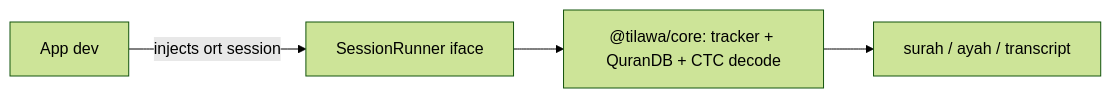
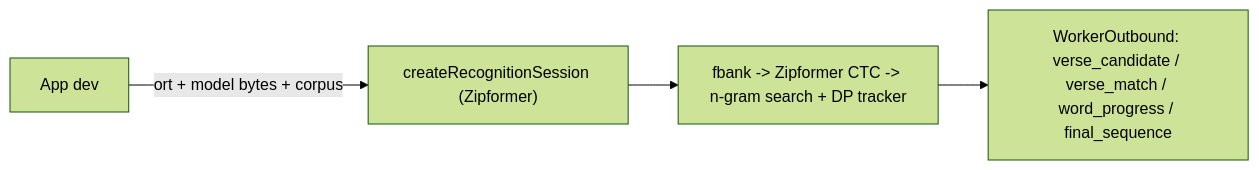
Before and after one commit to M-Bekheet/tilawa: the diagram in AGENTS.md, drawn with Mermaid (forest theme). The commit also changed other lines of this file, not shown here.

First line of the commit message:
docs: AGENTS.md leads with the Zipformer engine

````diff
--- a/AGENTS.md
+++ b/AGENTS.md
@@ -40,6 +44,6 @@
 ```mermaid
 graph LR
-  dev[App dev] -->|"injects ort session"| runner[SessionRunner iface]
-  runner --> core["@tilawa/core: tracker + QuranDB + CTC decode"]
-  core --> result["surah / ayah / transcript"]
+  dev[App dev] -->|"ort + model bytes + corpus"| zf["createRecognitionSession (Zipformer)"]
+  zf --> core["fbank -> Zipformer CTC -> n-gram search + DP tracker"]
+  core --> events["WorkerOutbound: verse_candidate / verse_match / word_progress / final_sequence"]
 ```
````
